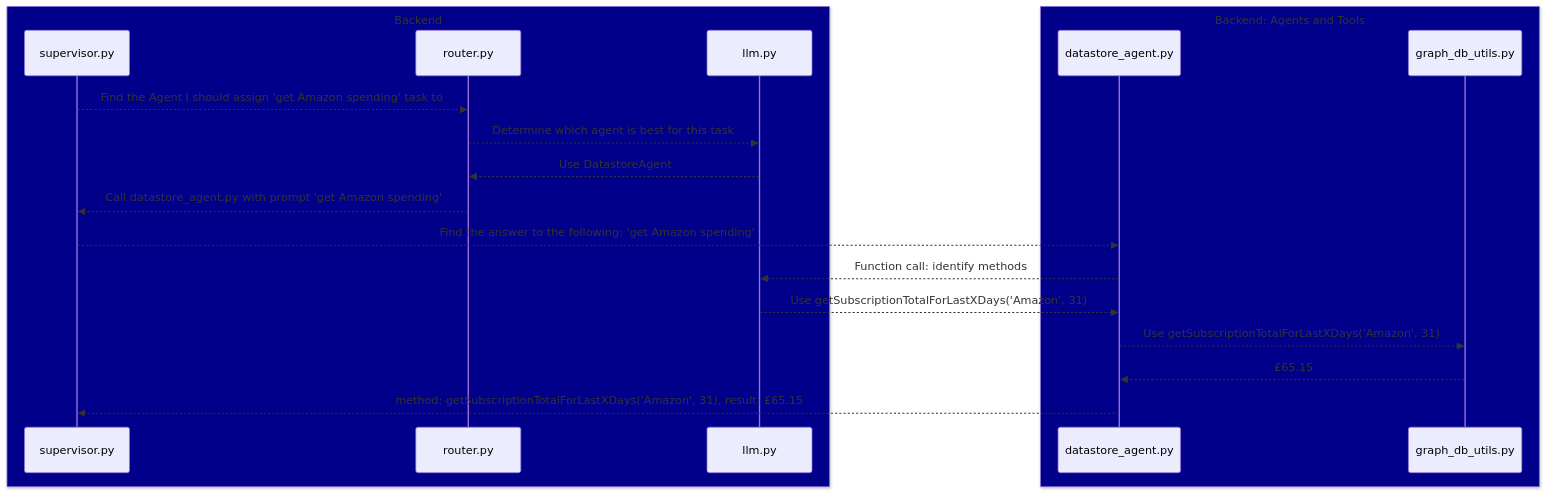
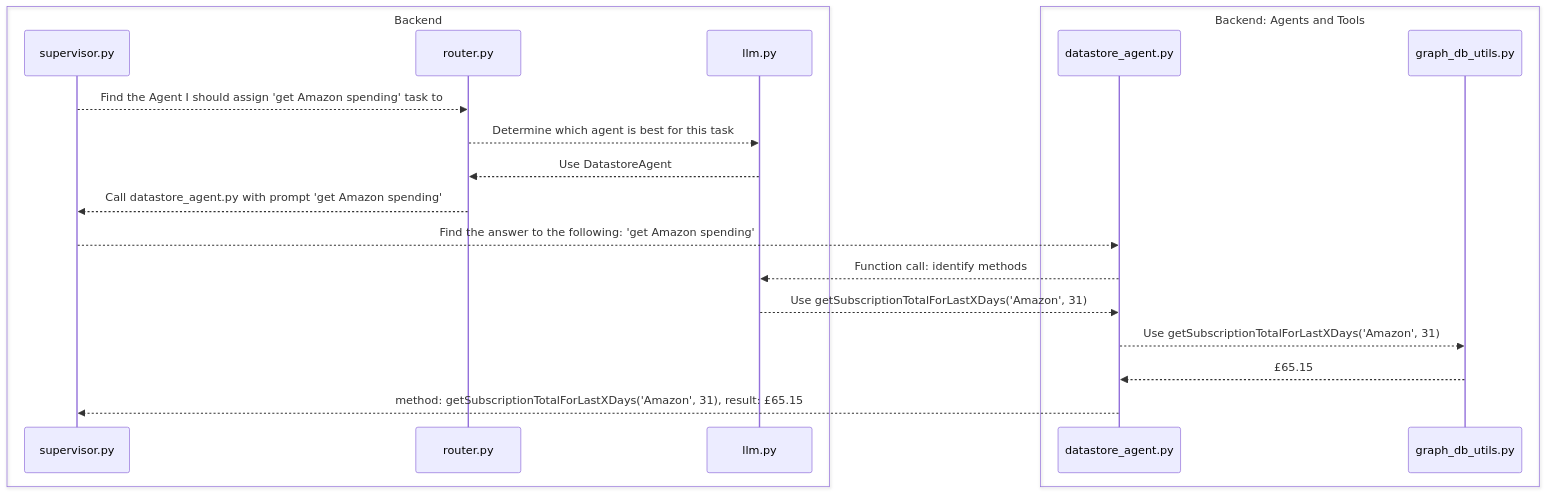
The third of 5 diagrams in assets/sum-my-subscriptions/happy_flows_sum_my_subs_python_modules.md (WaitThatShouldntWork/InferGPT), drawn with Mermaid before and after one commit. The commit also changed other lines of this file and 3 other files, not shown here.

````diff
--- a/assets/sum-my-subscriptions/happy_flows_sum_my_subs_python_modules.md
+++ b/assets/sum-my-subscriptions/happy_flows_sum_my_subs_python_modules.md
@@ -35,22 +35,22 @@
 ```mermaid
 sequenceDiagram
-    box DarkBlue Backend
+    box Backend
     participant supervisor.py
     participant router.py
     participant llm.py
     end
-    box DarkBlue Backend: Agents and Tools
+    box Backend: Agents and Tools
     participant datastore_agent.py
     participant graph_db_utils.py
     end
     supervisor.py -->> router.py: Find the Agent I should assign 'get Amazon spending' task to
     router.py -->> llm.py: Determine which agent is best for this task
     llm.py -->> router.py: Use DatastoreAgent
     router.py -->> supervisor.py: Call datastore_agent.py with prompt 'get Amazon spending'
     supervisor.py -->> datastore_agent.py: Find the answer to the following: 'get Amazon spending'
     datastore_agent.py -->> llm.py: Function call: identify methods
     llm.py -->> datastore_agent.py: Use getSubscriptionTotalForLastXDays('Amazon', 31)
     datastore_agent.py -->> graph_db_utils.py: Use getSubscriptionTotalForLastXDays('Amazon', 31)
     graph_db_utils.py -->> datastore_agent.py: £65.15
     datastore_agent.py -->> supervisor.py: method: getSubscriptionTotalForLastXDays('Amazon', 31), result: £65.15
 ```
````
